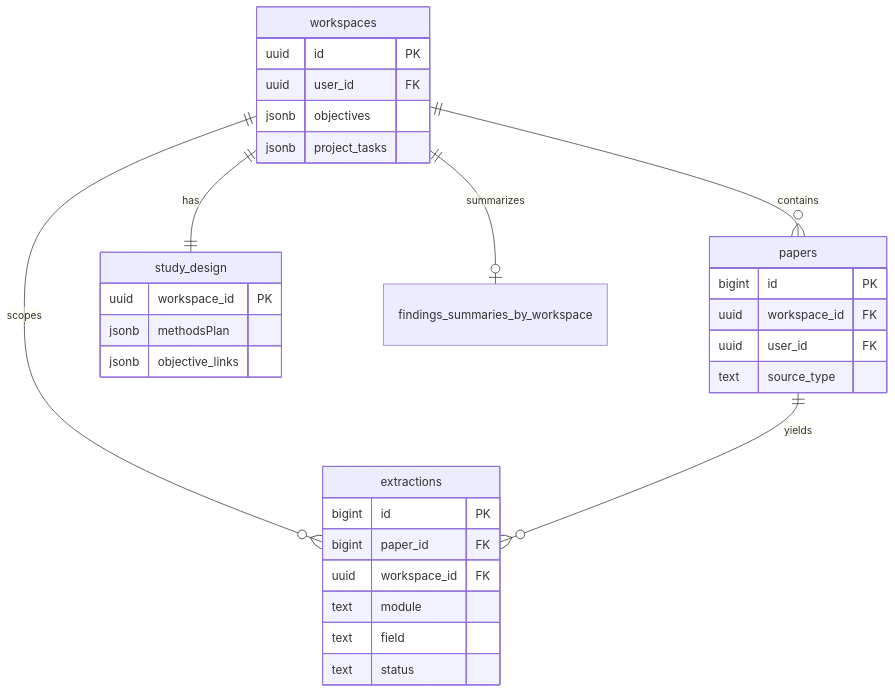
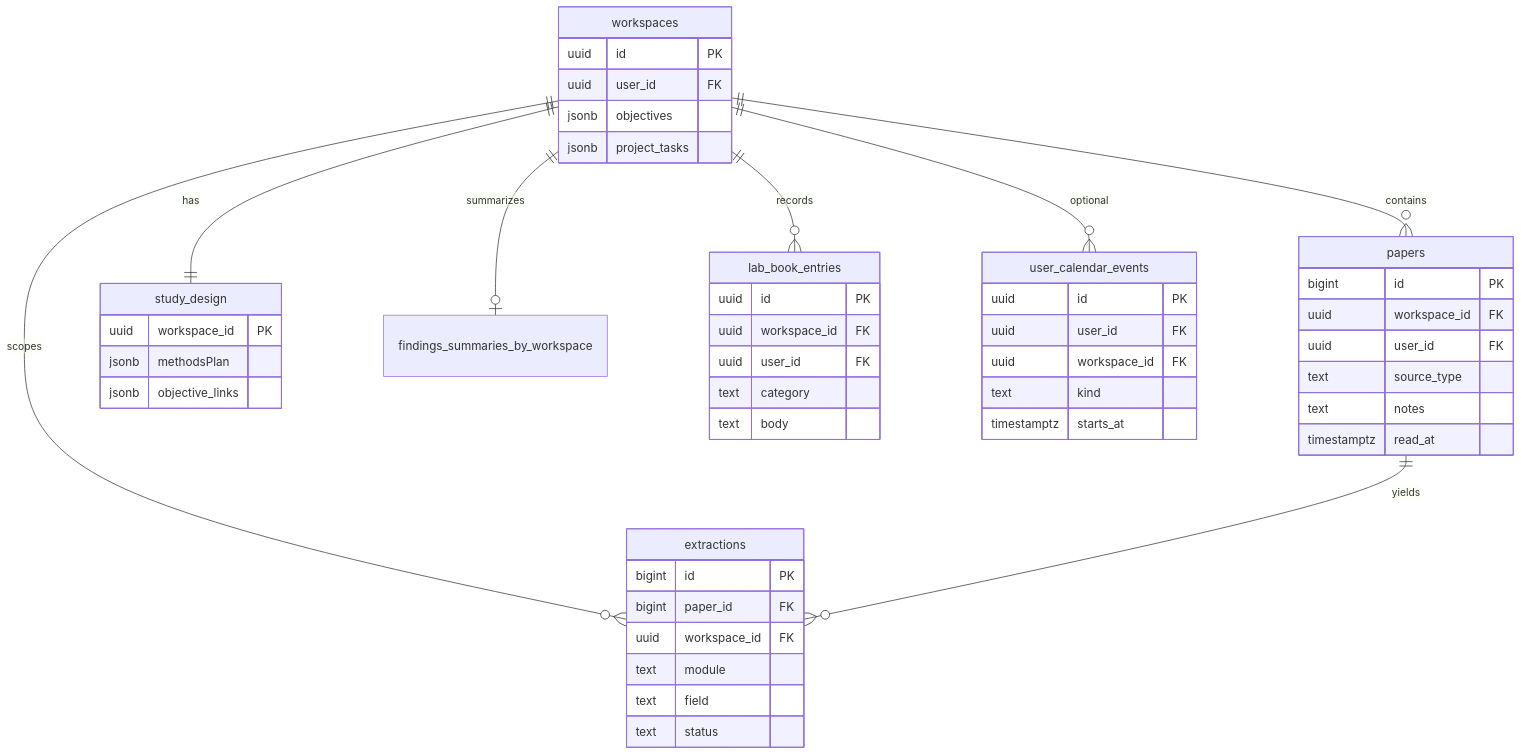
The diagram in docs/DATABASE.md (CarlienRust/steve-peggy), drawn with Mermaid before and after one commit. The commit also changed other lines of this file and 49 other files, not shown here.

````diff
--- a/docs/DATABASE.md
+++ b/docs/DATABASE.md
@@ -78,33 +86,51 @@
 ```mermaid
 erDiagram
   workspaces ||--o{ papers : contains
   workspaces ||--|| study_design : has
   workspaces ||--o{ extractions : scopes
   workspaces ||--o| findings_summaries_by_workspace : summarizes
+  workspaces ||--o{ lab_book_entries : records
+  workspaces ||--o{ user_calendar_events : optional
   papers ||--o{ extractions : yields
   workspaces {
     uuid id PK
     uuid user_id FK
     jsonb objectives
     jsonb project_tasks
   }
   papers {
     bigint id PK
     uuid workspace_id FK
     uuid user_id FK
     text source_type
+    text notes
+    timestamptz read_at
+  }
+  user_calendar_events {
+    uuid id PK
+    uuid user_id FK
+    uuid workspace_id FK
+    text kind
+    timestamptz starts_at
+  }
+  lab_book_entries {
+    uuid id PK
+    uuid workspace_id FK
+    uuid user_id FK
+    text category
+    text body
   }
   extractions {
     bigint id PK
     bigint paper_id FK
     uuid workspace_id FK
     text module
     text field
     text status
   }
   study_design {
     uuid workspace_id PK
     jsonb methodsPlan
     jsonb objective_links
   }
 ```
````
